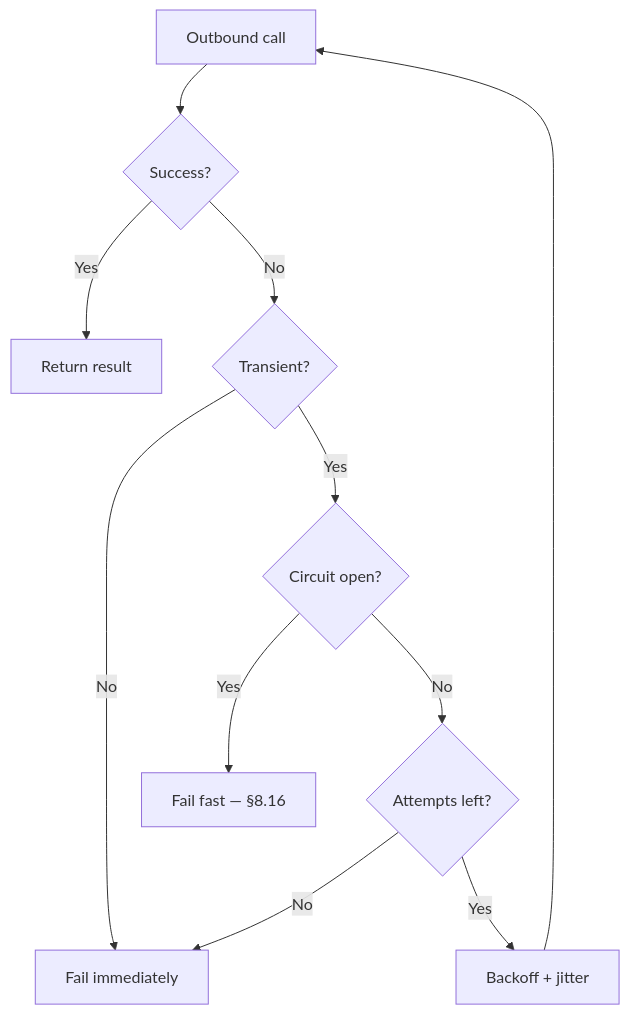
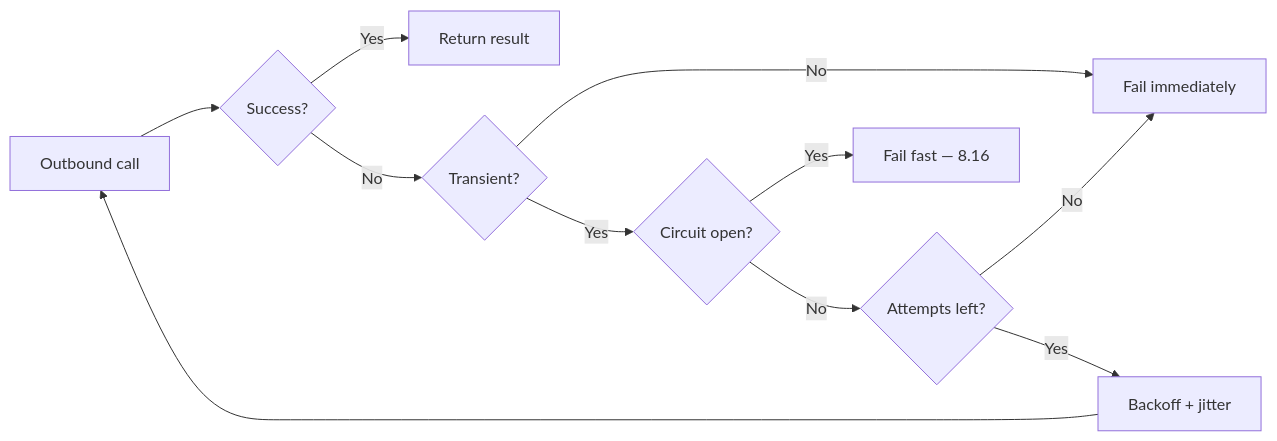
One commit to hareramcse/SystemDesign changed diagram 15 of 22 in 08-microservices/README.md. Above: the diagram before and after it, drawn with Mermaid. The commit also changed other lines of this file and 14 other files, not shown here.

````diff
--- a/08-microservices/README.md
+++ b/08-microservices/README.md
@@ -2307,13 +1434,13 @@
 ```mermaid
-flowchart TB
+flowchart LR
     Call[Outbound call] --> OK{Success?}
     OK -->|Yes| Return[Return result]
     OK -->|No| Type{Transient?}
     Type -->|No| Fail[Fail immediately]
     Type -->|Yes| CB{Circuit open?}
-    CB -->|Yes| Fast[Fail fast — §8.16]
-    CB -->|No| Attempts{Attempts left?}
-    Attempts -->|No| Fail
-    Attempts -->|Yes| Wait[Backoff + jitter]
+    CB -->|Yes| Fast[Fail fast — 8.16]
+    CB -->|No| Left{Attempts left?}
+    Left -->|No| Fail
+    Left -->|Yes| Wait[Backoff + jitter]
     Wait --> Call
 ```
````
